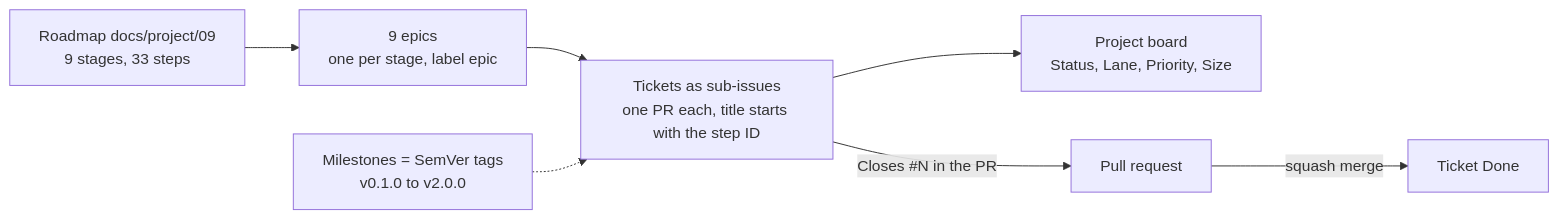
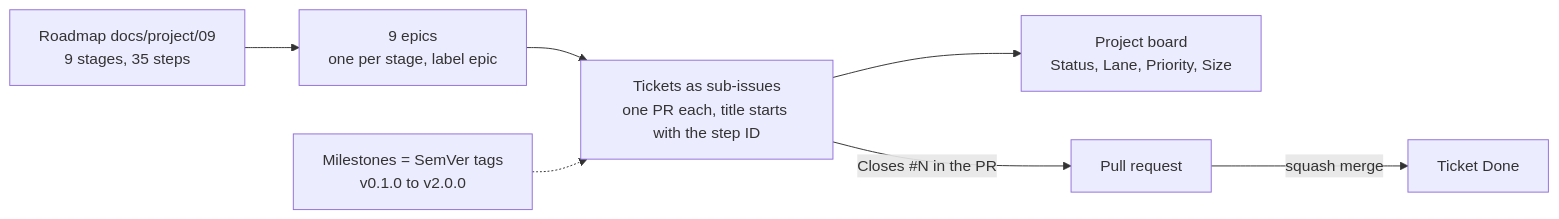
The seventh of 7 diagrams in docs/project/15_repository_hygiene.md (FoxaxeWasTaken/Robotics), drawn with Mermaid before and after one commit. The commit also changed 17 other files, not shown here.

````diff
--- a/docs/project/15_repository_hygiene.md
+++ b/docs/project/15_repository_hygiene.md
@@ -262,9 +262,9 @@
 ```mermaid
 flowchart LR
-  R["Roadmap docs/project/09<br/>9 stages, 33 steps"] --> E["9 epics<br/>one per stage, label epic"]
+  R["Roadmap docs/project/09<br/>9 stages, 35 steps"] --> E["9 epics<br/>one per stage, label epic"]
   E --> T["Tickets as sub-issues<br/>one PR each, title starts with the step ID"]
   T --> B["Project board<br/>Status, Lane, Priority, Size"]
   T -->|"Closes #N in the PR"| P["Pull request"]
   P -->|"squash merge"| D["Ticket Done"]
   M["Milestones = SemVer tags<br/>v0.1.0 to v2.0.0"] -.-> T
 ```
````
